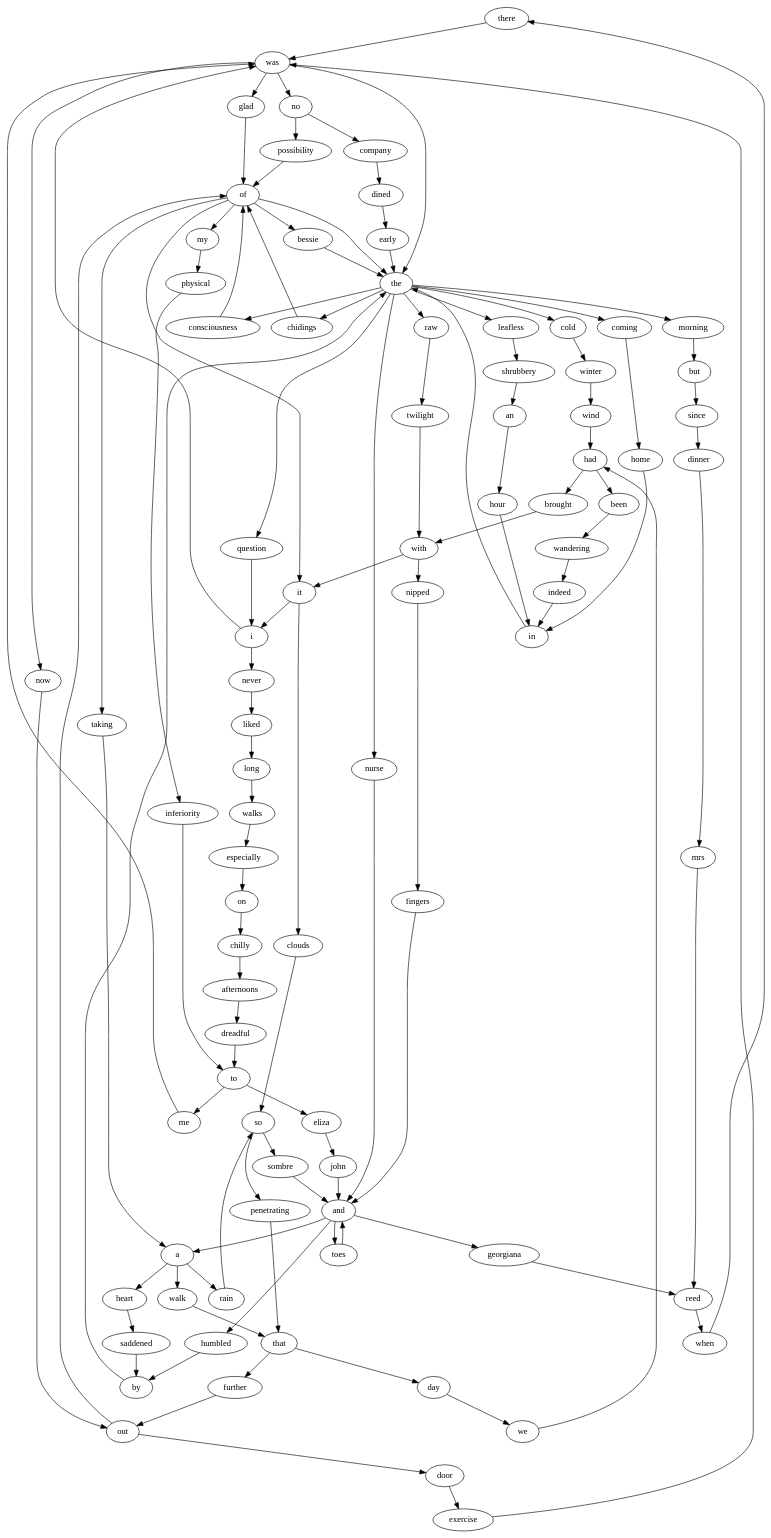
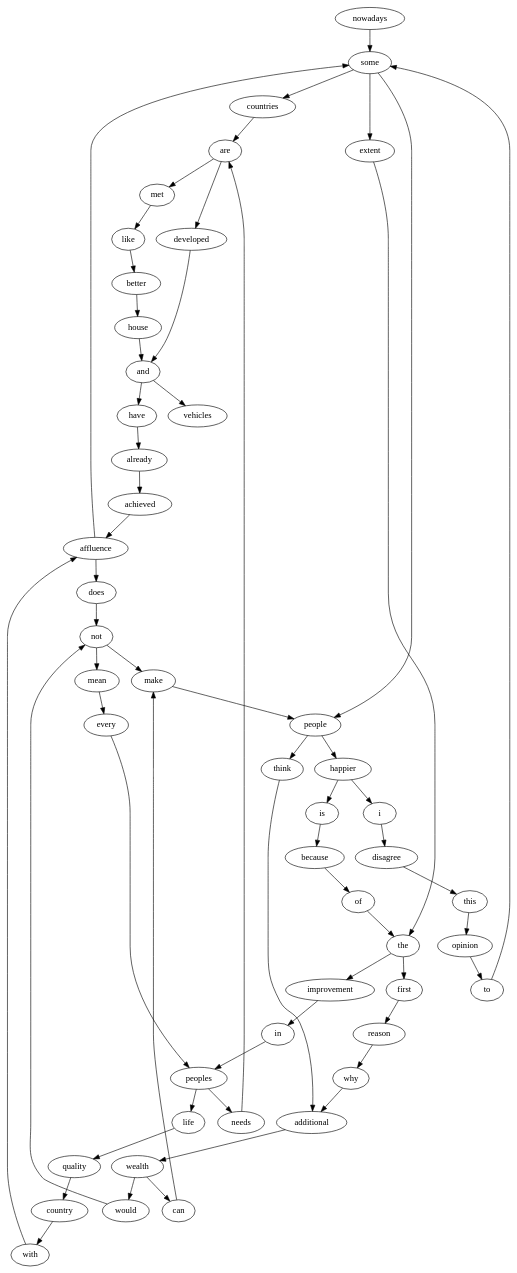
The diagram in res/graph.dot (TokimekiRunner/lab1), drawn with Graphviz before and after one commit. The commit also changed 14 other files, not shown here.

```diff
--- a/res/graph.dot
+++ b/res/graph.dot
@@ -1,114 +1,60 @@
 digraph G {
-  there -> was;
-  was -> no;
-  was -> the;
-  was -> now;
-  was -> glad;
-  no -> possibility;
-  no -> company;
-  possibility -> of;
-  of -> taking;
+  nowadays -> some;
+  some -> countries;
+  some -> people;
+  some -> extent;
+  countries -> are;
+  are -> developed;
+  are -> met;
+  developed -> and;
+  and -> have;
+  and -> vehicles;
+  have -> already;
+  already -> achieved;
+  achieved -> affluence;
+  affluence -> some;
+  affluence -> does;
+  people -> think;
+  people -> happier;
+  think -> additional;
+  additional -> wealth;
+  wealth -> would;
+  wealth -> can;
+  would -> not;
+  not -> make;
+  not -> mean;
+  make -> people;
+  happier -> i;
+  happier -> is;
+  i -> disagree;
+  disagree -> this;
+  this -> opinion;
+  opinion -> to;
+  to -> some;
+  extent -> the;
+  the -> first;
+  the -> improvement;
+  first -> reason;
+  reason -> why;
+  why -> additional;
+  can -> make;
+  is -> because;
+  because -> of;
   of -> the;
-  of -> it;
-  of -> bessie;
-  of -> my;
-  taking -> a;
-  a -> walk;
-  a -> rain;
-  a -> heart;
-  walk -> that;
-  that -> day;
-  that -> further;
-  day -> we;
-  we -> had;
-  had -> been;
-  had -> brought;
-  been -> wandering;
-  wandering -> indeed;
-  indeed -> in;
-  in -> the;
-  the -> leafless;
-  the -> morning;
-  the -> cold;
-  the -> question;
-  the -> coming;
-  the -> raw;
-  the -> chidings;
-  the -> nurse;
-  the -> consciousness;
-  leafless -> shrubbery;
-  shrubbery -> an;
-  an -> hour;
-  hour -> in;
-  morning -> but;
-  but -> since;
-  since -> dinner;
-  dinner -> mrs;
-  mrs -> reed;
-  reed -> when;
-  when -> there;
-  company -> dined;
-  dined -> early;
-  early -> the;
-  cold -> winter;
-  winter -> wind;
-  wind -> had;
-  brought -> with;
-  with -> it;
-  with -> nipped;
-  it -> clouds;
-  it -> i;
-  clouds -> so;
-  so -> sombre;
-  so -> penetrating;
-  sombre -> and;
-  and -> a;
-  and -> toes;
-  and -> humbled;
-  and -> georgiana;
-  rain -> so;
-  penetrating -> that;
-  further -> out;
-  out -> of;
-  out -> door;
-  door -> exercise;
-  exercise -> was;
-  now -> out;
-  question -> i;
-  i -> was;
-  i -> never;
-  glad -> of;
-  never -> liked;
-  liked -> long;
-  long -> walks;
-  walks -> especially;
-  especially -> on;
-  on -> chilly;
-  chilly -> afternoons;
-  afternoons -> dreadful;
-  dreadful -> to;
-  to -> me;
-  to -> eliza;
-  me -> was;
-  coming -> home;
-  home -> in;
-  raw -> twilight;
-  twilight -> with;
-  nipped -> fingers;
-  fingers -> and;
-  toes -> and;
-  heart -> saddened;
-  saddened -> by;
-  by -> the;
-  chidings -> of;
-  bessie -> the;
-  nurse -> and;
-  humbled -> by;
-  consciousness -> of;
-  my -> physical;
-  physical -> inferiority;
-  inferiority -> to;
-  eliza -> john;
-  john -> and;
-  georgiana -> reed;
+  improvement -> in;
+  in -> peoples;
+  peoples -> life;
+  peoples -> needs;
+  life -> quality;
+  quality -> country;
+  country -> with;
+  with -> affluence;
+  does -> not;
+  mean -> every;
+  every -> peoples;
+  needs -> are;
+  met -> like;
+  like -> better;
+  better -> house;
+  house -> and;
 }
```
